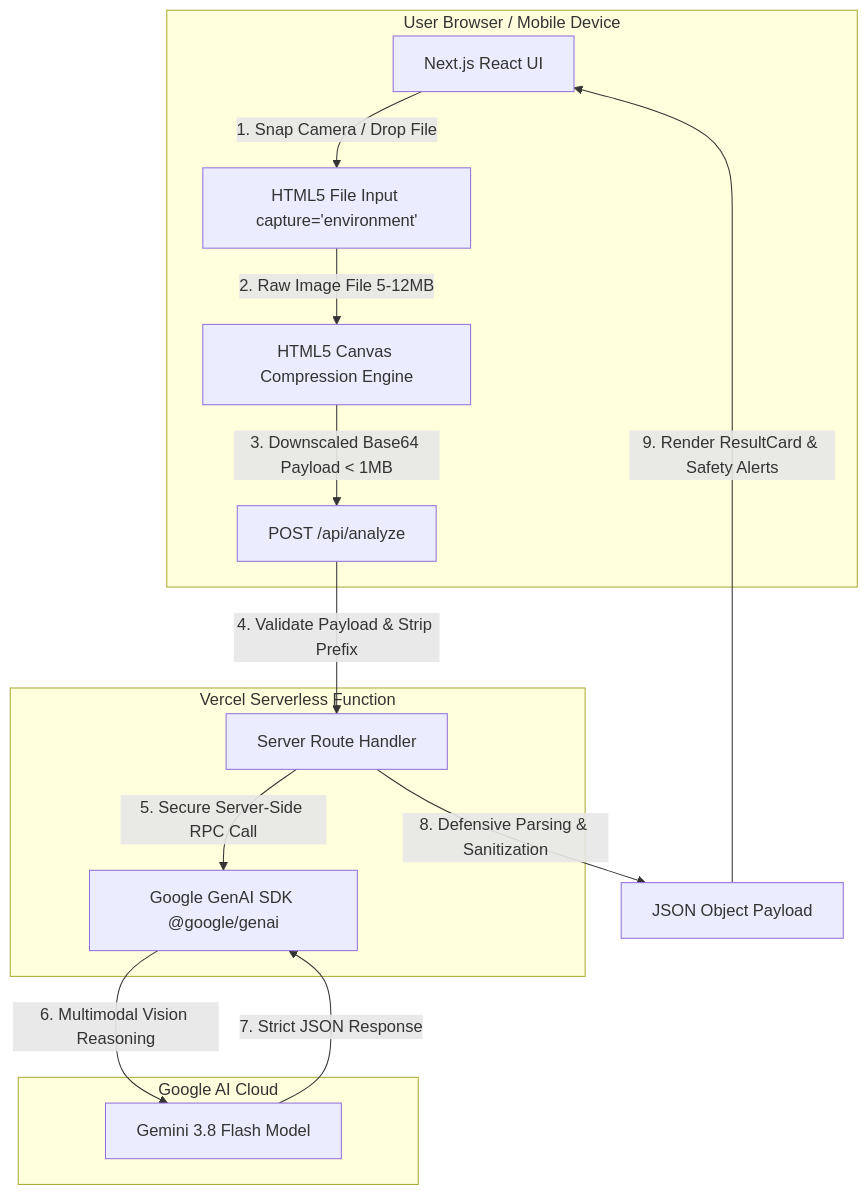
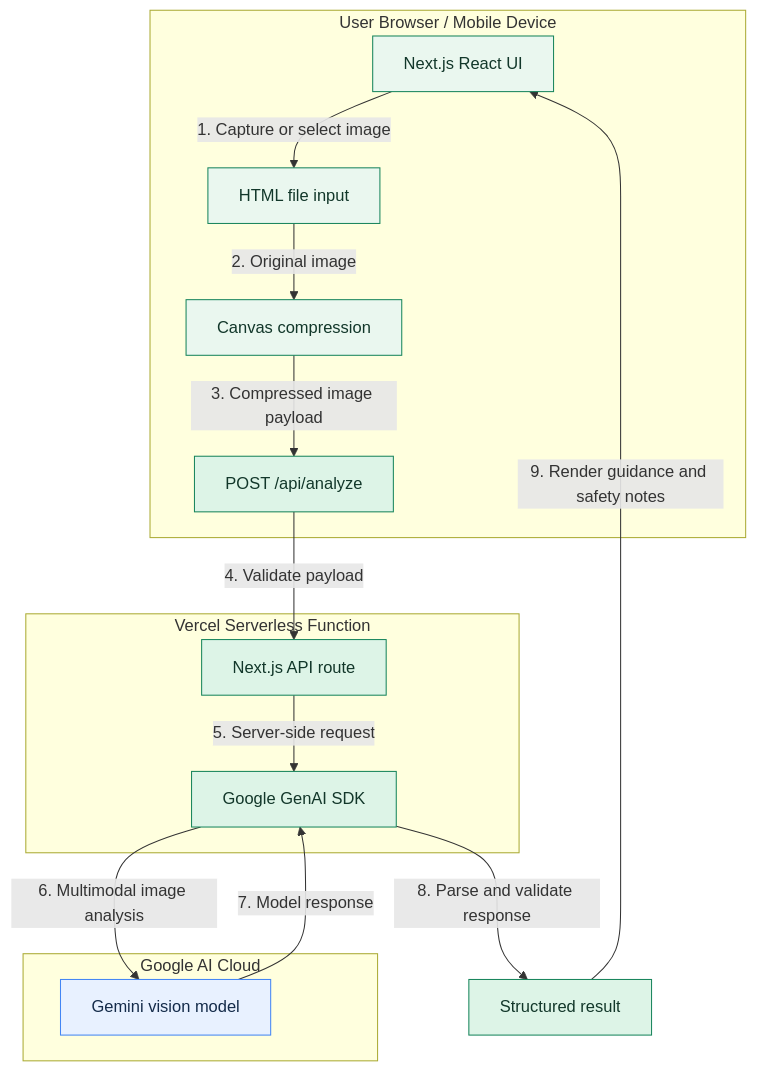
Before and after one commit to dk-khandelwal06/ecosort-ai: the diagram in README.md, drawn with Mermaid. The commit also changed other lines of this file, not shown here.

````diff
--- a/README.md
+++ b/README.md
@@ -65,21 +103,28 @@
 ```mermaid
 flowchart TD
-    subgraph Client [User Browser / Mobile Device]
-        A[Next.js React UI] -->|1. Snap Camera / Drop File| B[HTML5 File Input capture='environment']
-        B -->|2. Raw Image File 5-12MB| C[HTML5 Canvas Compression Engine]
-        C -->|3. Downscaled Base64 Payload < 1MB| D[POST /api/analyze]
+    subgraph Client["User Browser / Mobile Device"]
+        A["Next.js React UI"] -->|"1. Capture or select image"| B["HTML file input"]
+        B -->|"2. Original image"| C["Canvas compression"]
+        C -->|"3. Compressed image payload"| D["POST /api/analyze"]
     end
 
-    subgraph Serverless [Vercel Serverless Function]
-        D -->|4. Validate Payload & Strip Prefix| E[Server Route Handler]
-        E -->|5. Secure Server-Side RPC Call| F[Google GenAI SDK @google/genai]
+    subgraph Serverless["Vercel Serverless Function"]
+        D -->|"4. Validate payload"| E["Next.js API route"]
+        E -->|"5. Server-side request"| F["Google GenAI SDK"]
     end
 
-    subgraph AI_Cloud [Google AI Cloud]
-        F -->|6. Multimodal Vision Reasoning| G[Gemini 3.8 Flash Model]
-        G -->|7. Strict JSON Response| F
+    subgraph AICloud["Google AI Cloud"]
+        F -->|"6. Multimodal image analysis"| G["Gemini vision model"]
+        G -->|"7. Model response"| F
     end
 
-    E -->|8. Defensive Parsing & Sanitization| H[JSON Object Payload]
-    H -->|9. Render ResultCard & Safety Alerts| A
+    F -->|"8. Parse and validate response"| H["Structured result"]
+    H -->|"9. Render guidance and safety notes"| A
+
+    classDef client fill:#EAF7EF,stroke:#16845B,color:#12372A
+    classDef server fill:#DDF4E7,stroke:#16845B,color:#12372A
+    classDef ai fill:#E8F1FF,stroke:#4285F4,color:#142B4A
+    class A,B,C client
+    class D,E,F,H server
+    class G ai
 ```
````
